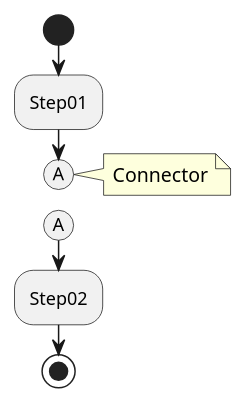
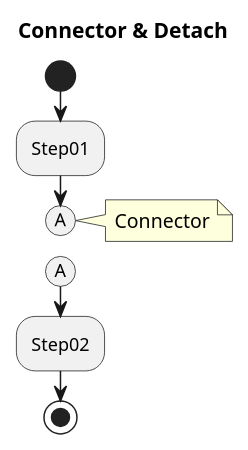
Diagram 17 of 32 in uml_markdown_summary.md (chraxo/UmlMarkdownCheatSheet), drawn with PlantUML before and after one commit. The commit also changed other lines of this file, not shown here.

```diff
--- a/uml_markdown_summary.md
+++ b/uml_markdown_summary.md
@@ -655,11 +657,14 @@
 @startuml
+
+title Connector & Detach
+
 start
 :Step01;
 (A)
 detach
 note right: Connector
 
 (A)
 :Step02;
 stop
 @enduml
```
